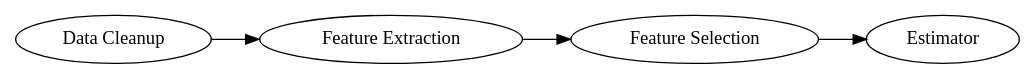
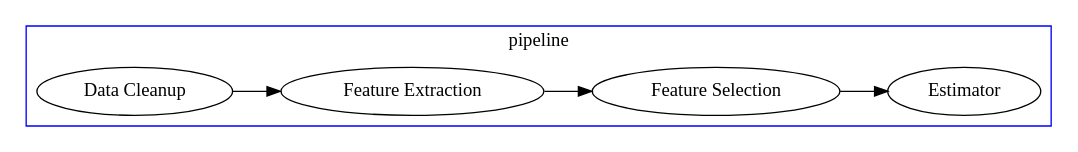
One commit to MLBazaar/MLBlocks changed the second of 5 diagrams in docs/advanced_usage/pipelines.rst. Above: the diagram before and after it, drawn with Graphviz. The commit also changed other lines of this file and 1 other file, not shown here.

Commit message:
Fully explain Pipeline Context

```diff
--- a/docs/advanced_usage/pipelines.rst
+++ b/docs/advanced_usage/pipelines.rst
@@ -13,6 +24,10 @@
 .. graphviz::
 
-   digraph{
-      rankdir=LR;
-      "Data Cleanup" -> "Feature Extraction" -> "Feature Selection" -> "Estimator";
-   }
+    digraph {
+        rankdir=LR;
+        subgraph cluster {
+            "Data Cleanup" -> "Feature Extraction" -> "Feature Selection" -> "Estimator";
+            label = "pipeline";
+            color=blue
+        }
+    }
```
